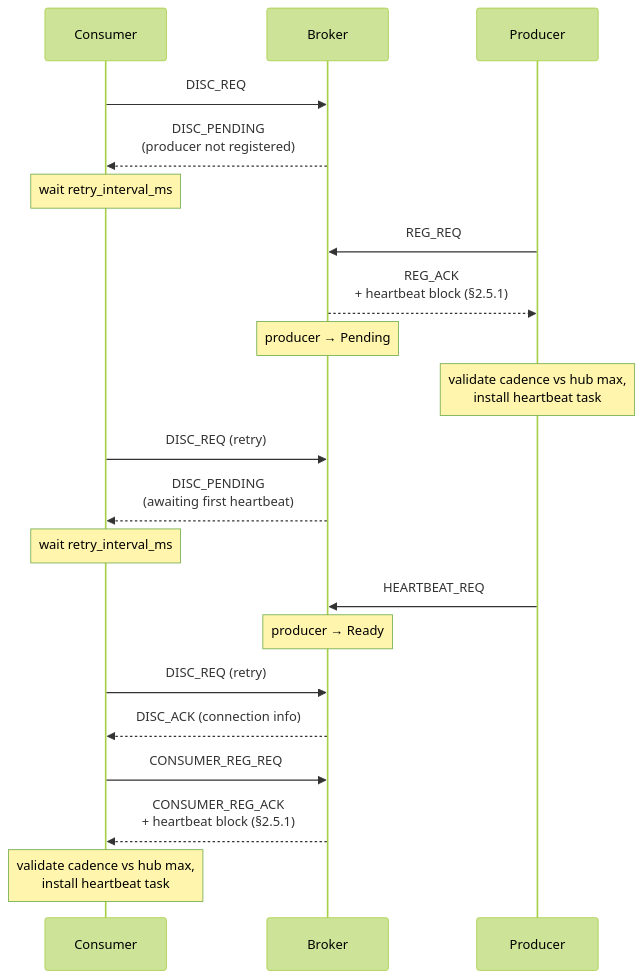
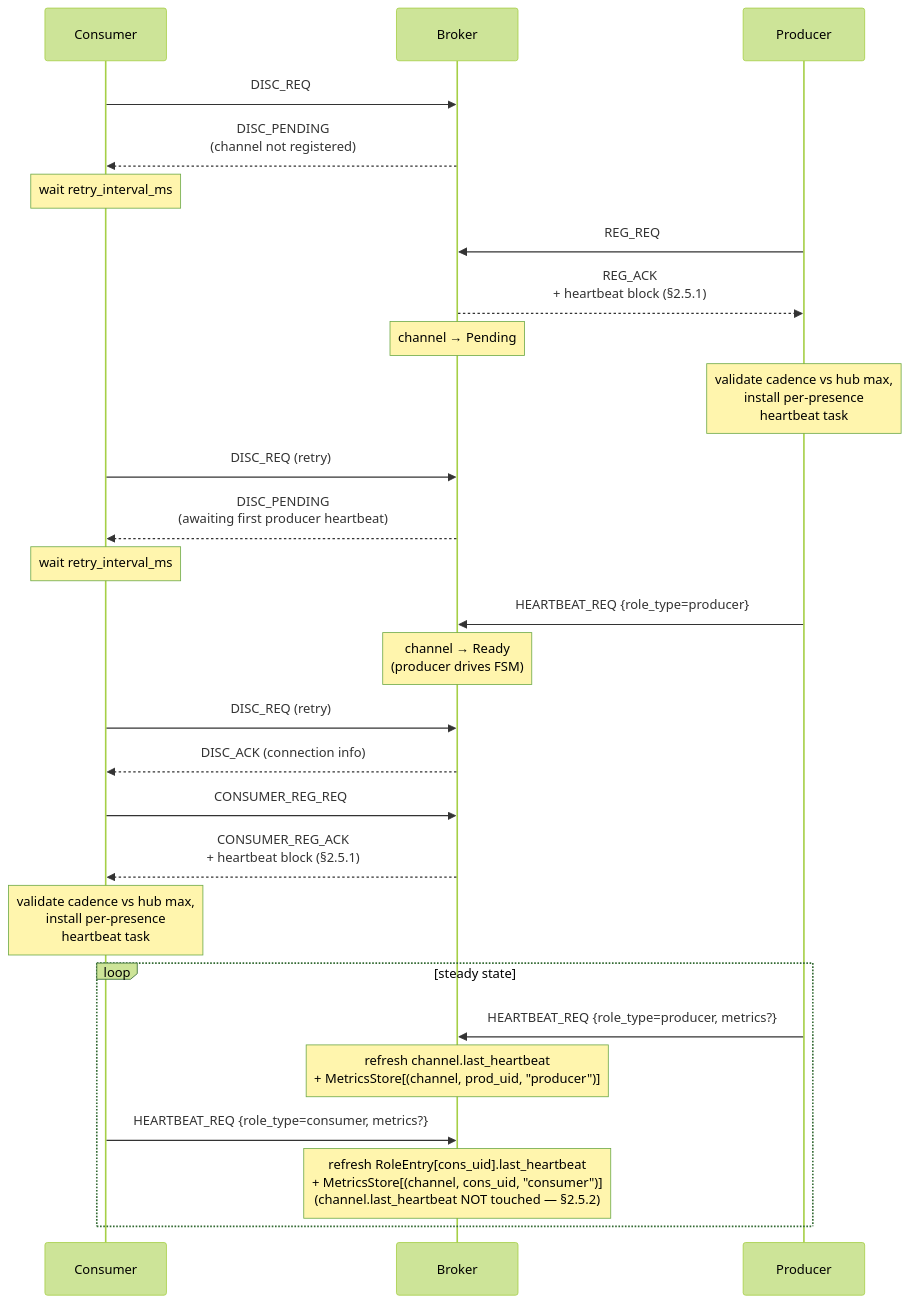
One commit to Qing-LAB/pylabhub changed the second of 2 diagrams in docs/HEP/HEP-CORE-0023-Startup-Coordination.md. Above: the diagram before and after it, drawn with Mermaid (forest theme). The commit also changed other lines of this file and 8 other files, not shown here.

First line of the commit message:
Wave A — HEP foundation for role-host template + per-presence heartbeats

````diff
--- a/docs/HEP/HEP-CORE-0023-Startup-Coordination.md
+++ b/docs/HEP/HEP-CORE-0023-Startup-Coordination.md
@@ -94,29 +139,36 @@
 ```mermaid
 sequenceDiagram
     participant C as Consumer
     participant B as Broker
     participant P as Producer
 
     C->>B: DISC_REQ
-    B-->>C: DISC_PENDING<br/>(producer not registered)
+    B-->>C: DISC_PENDING<br/>(channel not registered)
     Note over C: wait retry_interval_ms
 
     P->>B: REG_REQ
     B-->>P: REG_ACK<br/>+ heartbeat block (§2.5.1)
-    Note over B: producer → Pending
-    Note over P: validate cadence vs hub max,<br/>install heartbeat task
+    Note over B: channel → Pending
+    Note over P: validate cadence vs hub max,<br/>install per-presence<br/>heartbeat task
 
     C->>B: DISC_REQ (retry)
-    B-->>C: DISC_PENDING<br/>(awaiting first heartbeat)
+    B-->>C: DISC_PENDING<br/>(awaiting first producer heartbeat)
     Note over C: wait retry_interval_ms
 
-    P->>B: HEARTBEAT_REQ
-    Note over B: producer → Ready
+    P->>B: HEARTBEAT_REQ {role_type=producer}
+    Note over B: channel → Ready<br/>(producer drives FSM)
 
     C->>B: DISC_REQ (retry)
     B-->>C: DISC_ACK (connection info)
 
     C->>B: CONSUMER_REG_REQ
     B-->>C: CONSUMER_REG_ACK<br/>+ heartbeat block (§2.5.1)
-    Note over C: validate cadence vs hub max,<br/>install heartbeat task
+    Note over C: validate cadence vs hub max,<br/>install per-presence<br/>heartbeat task
+
+    loop steady state
+        P->>B: HEARTBEAT_REQ {role_type=producer, metrics?}
+        Note over B: refresh channel.last_heartbeat<br/>+ MetricsStore[(channel, prod_uid, "producer")]
+        C->>B: HEARTBEAT_REQ {role_type=consumer, metrics?}
+        Note over B: refresh RoleEntry[cons_uid].last_heartbeat<br/>+ MetricsStore[(channel, cons_uid, "consumer")]<br/>(channel.last_heartbeat NOT touched — §2.5.2)
+    end
 ```
````
